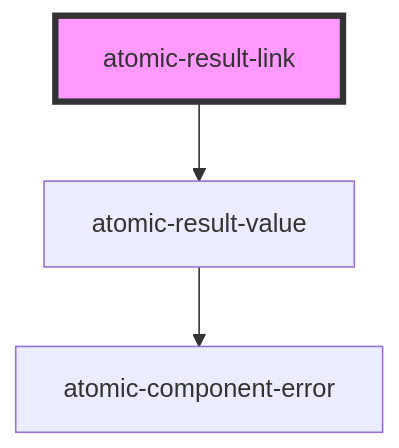
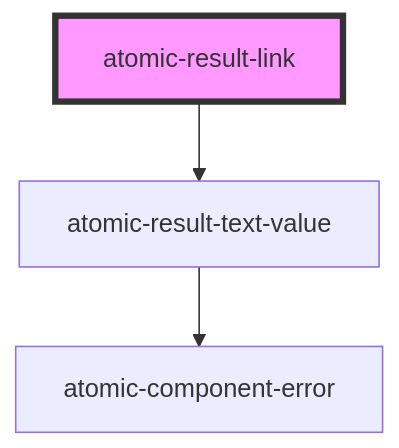
Before and after one commit to coveo/ui-kit: the diagram in packages/atomic/src/components/result-template-components/atomic-result-link/readme.md, drawn with Mermaid. The commit also changed other lines of this file and 19 other files, not shown here.

````diff
--- a/packages/atomic/src/components/result-template-components/atomic-result-link/readme.md
+++ b/packages/atomic/src/components/result-template-components/atomic-result-link/readme.md
@@ -22,6 +22,6 @@
 ```mermaid
 graph TD;
-  atomic-result-link --> atomic-result-value
-  atomic-result-value --> atomic-component-error
+  atomic-result-link --> atomic-result-text-value
+  atomic-result-text-value --> atomic-component-error
   style atomic-result-link fill:#f9f,stroke:#333,stroke-width:4px
 ```
````
